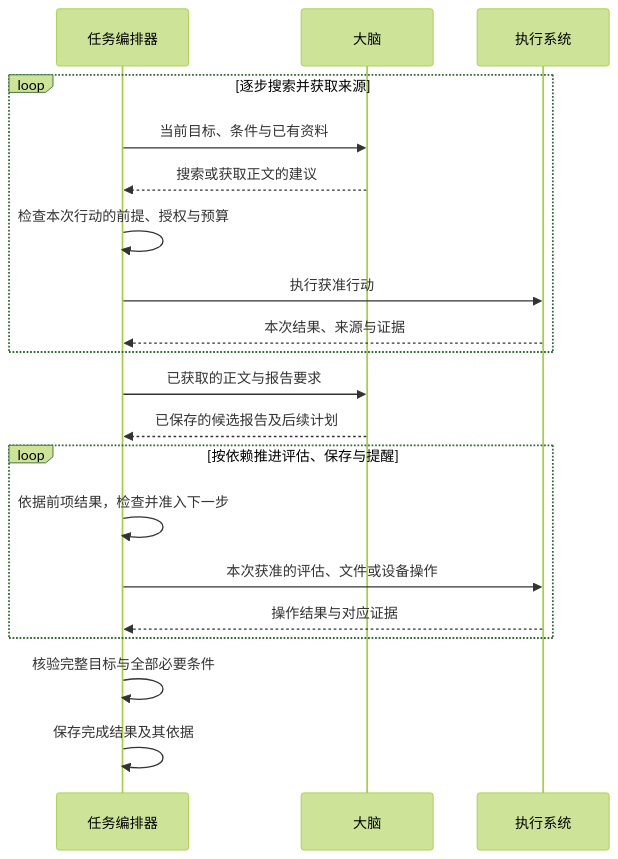
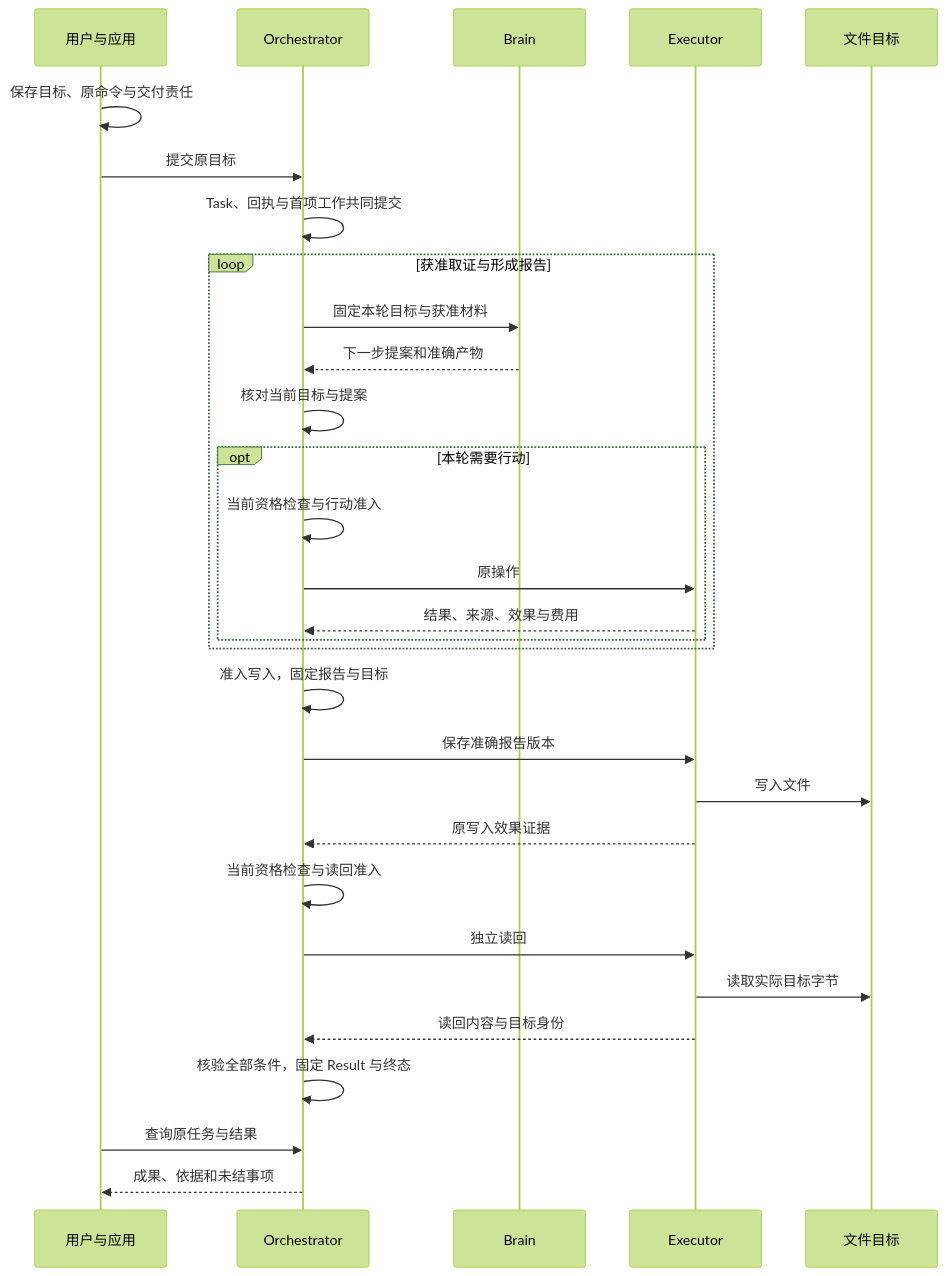
Before and after one commit to ruipengliu/lerna: the diagram in docs/architecture/README.md, drawn with Mermaid (forest theme). The commit also changed other lines of this file and 230 other files, not shown here.

Commit message:
docs: formalize architecture design

````diff
--- a/docs/architecture/README.md
+++ b/docs/architecture/README.md
@@ -118,26 +28,32 @@
 ```mermaid
 sequenceDiagram
-    participant H as 任务编排器
-    participant B as 大脑
-    participant E as 执行系统
-
-    loop 逐步搜索并获取来源
-        H->>B: 当前目标、条件与已有资料
-        B-->>H: 搜索或获取正文的建议
-        H->>H: 检查本次行动的前提、授权与预算
-        H->>E: 执行获准行动
-        E-->>H: 本次结果、来源与证据
+    participant A as 用户与应用
+    participant H as Orchestrator
+    participant B as Brain
+    participant E as Executor
+    participant F as 文件目标
+    A->>A: 保存目标、原命令与交付责任
+    A->>H: 提交原目标
+    H->>H: Task、回执与首项工作共同提交
+    loop 获准取证与形成报告
+        H->>B: 固定本轮目标与获准材料
+        B-->>H: 下一步提案和准确产物
+        H->>H: 核对当前目标与提案
+        opt 本轮需要行动
+            H->>H: 当前资格检查与行动准入
+            H->>E: 原操作
+            E-->>H: 结果、来源、效果与费用
+        end
     end
-
-    H->>B: 已获取的正文与报告要求
-    B-->>H: 已保存的候选报告及后续计划
-
-    loop 按依赖推进评估、保存与提醒
-        H->>H: 依据前项结果，检查并准入下一步
-        H->>E: 本次获准的评估、文件或设备操作
-        E-->>H: 操作结果与对应证据
-    end
-
-    H->>H: 核验完整目标与全部必要条件
-    H->>H: 保存完成结果及其依据
+    H->>H: 准入写入，固定报告与目标
+    H->>E: 保存准确报告版本
+    E->>F: 写入文件
+    E-->>H: 原写入效果证据
+    H->>H: 当前资格检查与读回准入
+    H->>E: 独立读回
+    E->>F: 读取实际目标字节
+    E-->>H: 读回内容与目标身份
+    H->>H: 核验全部条件，固定 Result 与终态
+    A->>H: 查询原任务与结果
+    H-->>A: 成果、依据和未结事项
 ```
````
